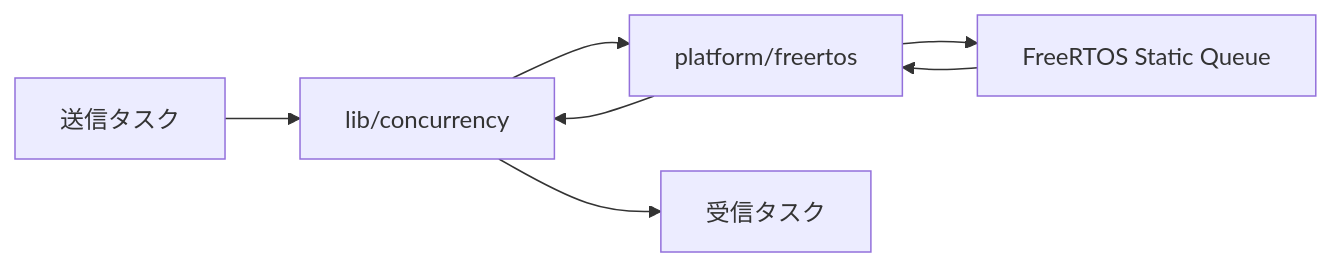
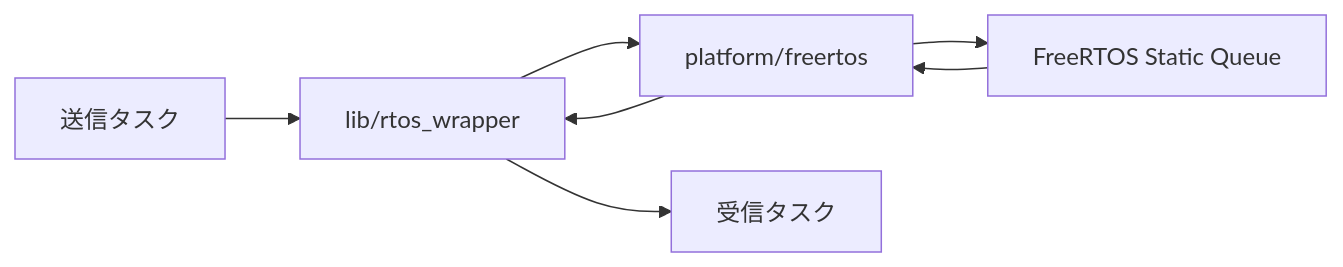
The first of 2 diagrams in docs/designs/rtos-mailbox.md (starkensan/usb_midi_pedal), drawn with Mermaid before and after one commit. The commit also changed other lines of this file and 21 other files, not shown here.

````diff
--- a/docs/designs/rtos-mailbox.md
+++ b/docs/designs/rtos-mailbox.md
@@ -25,9 +25,9 @@
 ```mermaid
 flowchart LR
-    producer[送信タスク] --> mailbox[lib/concurrency]
+    producer[送信タスク] --> mailbox[lib/rtos_wrapper]
     mailbox --> adapter[platform/freertos]
     adapter --> queue[FreeRTOS Static Queue]
     queue --> adapter
     adapter --> mailbox
     mailbox --> consumer[受信タスク]
 ```
````
